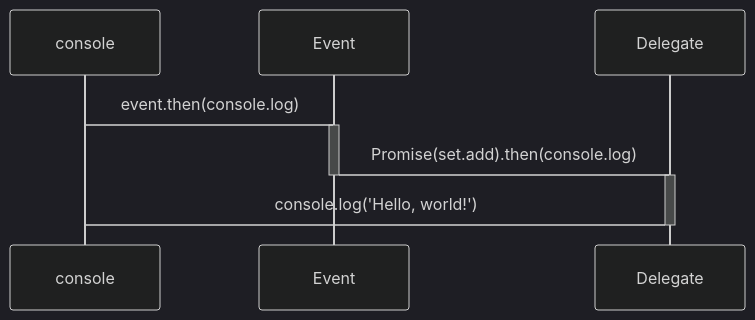
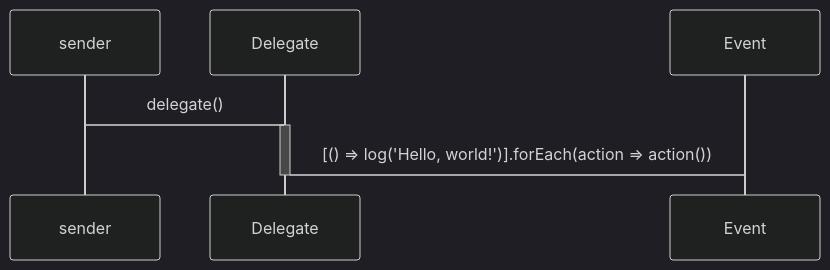
One commit to domrally/peekeasy changed the second of 5 diagrams in README.md. Above: the diagram before and after it, drawn with Mermaid (dark theme). The commit also changed other lines of this file and 1 other file, not shown here.

````diff
--- a/README.md
+++ b/README.md
@@ -56,10 +78,7 @@
 ```mermaid
 sequenceDiagram
-    console->Event: event.then(console.log)
-    activate Event
-    Event->Delegate: Promise(set.add).then(console.log)
-    deactivate Event
+    sender->Delegate: delegate()
     activate Delegate
-    Delegate->console: console.log('Hello, world!')
+    Delegate->Event: [() => log('Hello, world!')].forEach(action => action())
     deactivate Delegate
 ```
````
